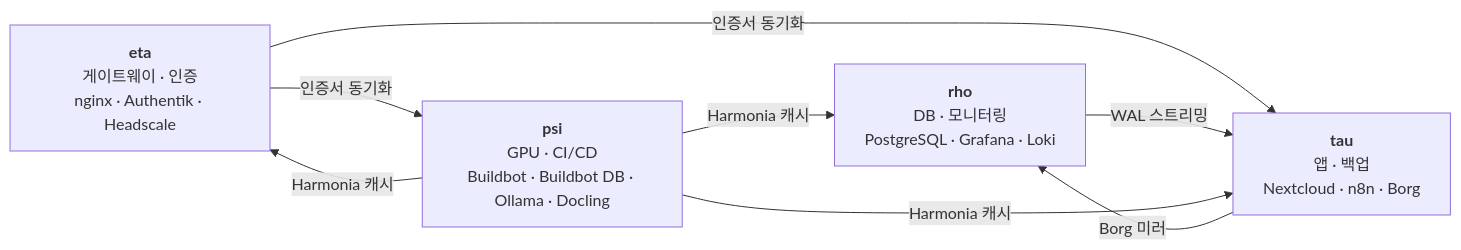
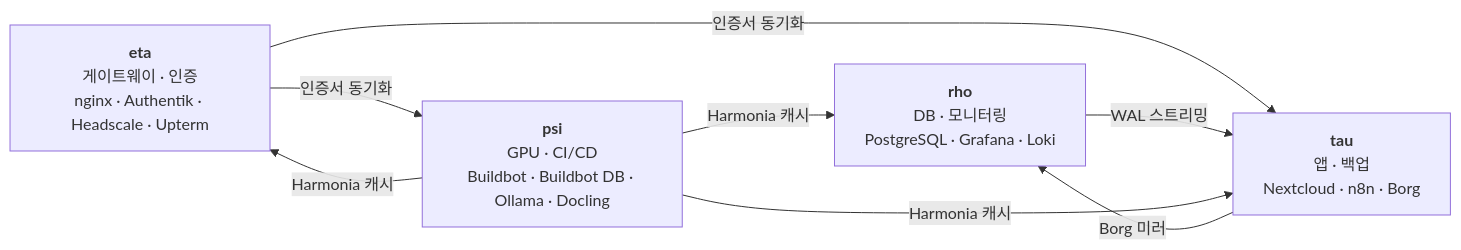
The first of 2 diagrams in docs/admin/architecture.md (SBEE-Lab/infra), drawn with Mermaid before and after one commit. The commit also changed other lines of this file and 18 other files, not shown here.

First line of the commit message:
eta: expose an Upterm relay

````diff
--- a/docs/admin/architecture.md
+++ b/docs/admin/architecture.md
@@ -13,12 +13,12 @@
 ```mermaid
 graph LR
-  eta["<b>eta</b><br/>게이트웨이 · 인증<br/>nginx · Authentik · Headscale"]
+  eta["<b>eta</b><br/>게이트웨이 · 인증<br/>nginx · Authentik · Headscale · Upterm"]
   psi["<b>psi</b><br/>GPU · CI/CD<br/>Buildbot · Buildbot DB · Ollama · Docling"]
   rho["<b>rho</b><br/>DB · 모니터링<br/>PostgreSQL · Grafana · Loki"]
   tau["<b>tau</b><br/>앱 · 백업<br/>Nextcloud · n8n · Borg"]
 
   eta -- "인증서 동기화" --> psi & tau
   rho -- "WAL 스트리밍" --> tau
   tau -- "Borg 미러" --> rho
   psi -- "Harmonia 캐시" --> rho & tau & eta
 ```
````
